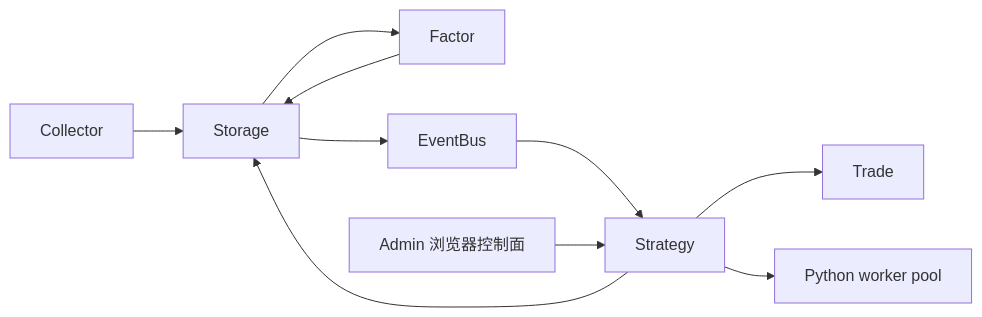
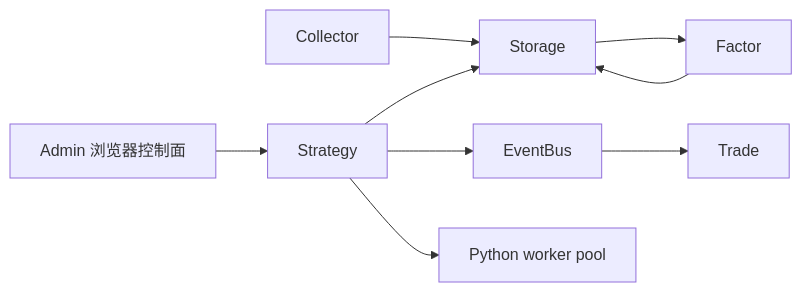
One commit to mooyang-code/moox changed the first of 2 diagrams in docs/策略模块架构设计.md. Above: the diagram before and after it, drawn with Mermaid. The commit also changed other lines of this file and 152 other files, not shown here.

Commit message:
refactor(events): simplify consumer ownership and trade flow

````diff
--- a/docs/策略模块架构设计.md
+++ b/docs/策略模块架构设计.md
@@ -96,12 +96,11 @@
 ```mermaid
 flowchart LR
   Collector["Collector"] --> Storage["Storage"]
   Storage --> Factor["Factor"]
   Factor --> Storage
-  Storage --> EventBus["EventBus"]
-  EventBus --> Strategy["Strategy"]
   Strategy --> Storage
-  Strategy --> Trade["Trade"]
+  Strategy --> EventBus["EventBus"]
+  EventBus --> Trade["Trade"]
   Admin["Admin 浏览器控制面"] --> Strategy
   Strategy --> PyWorker["Python worker pool"]
 ```
````
